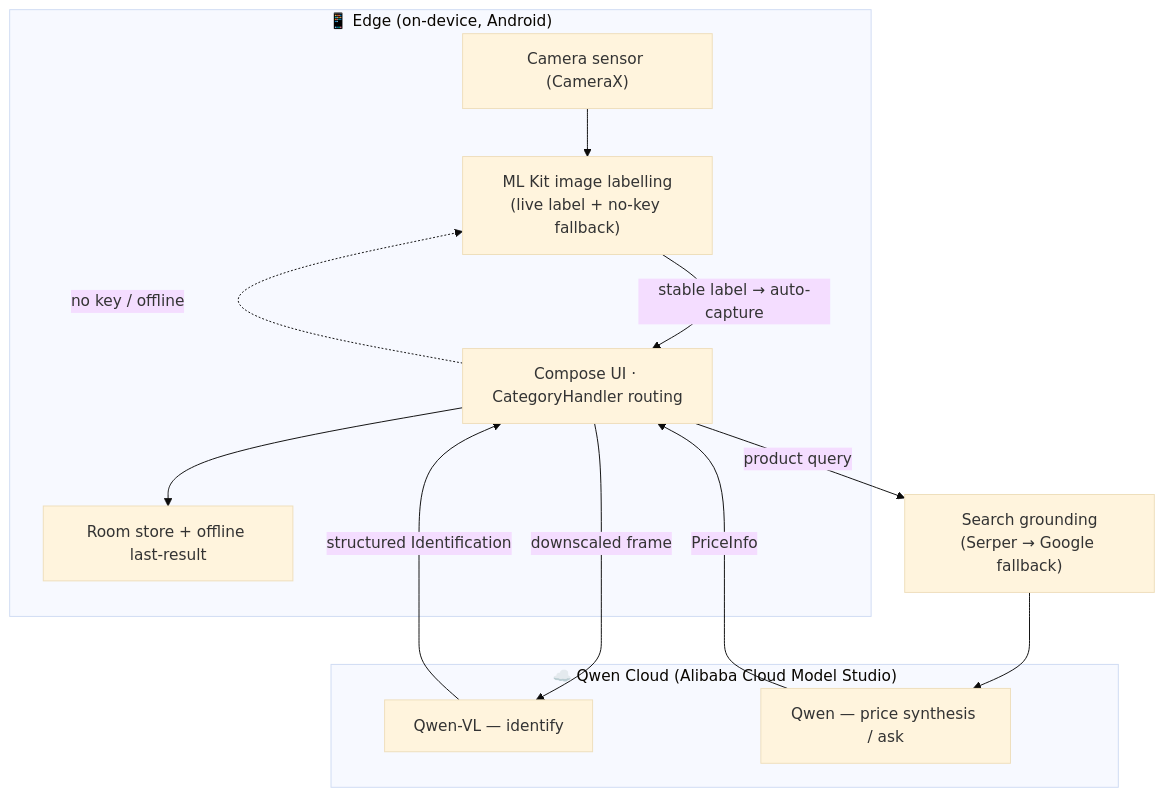
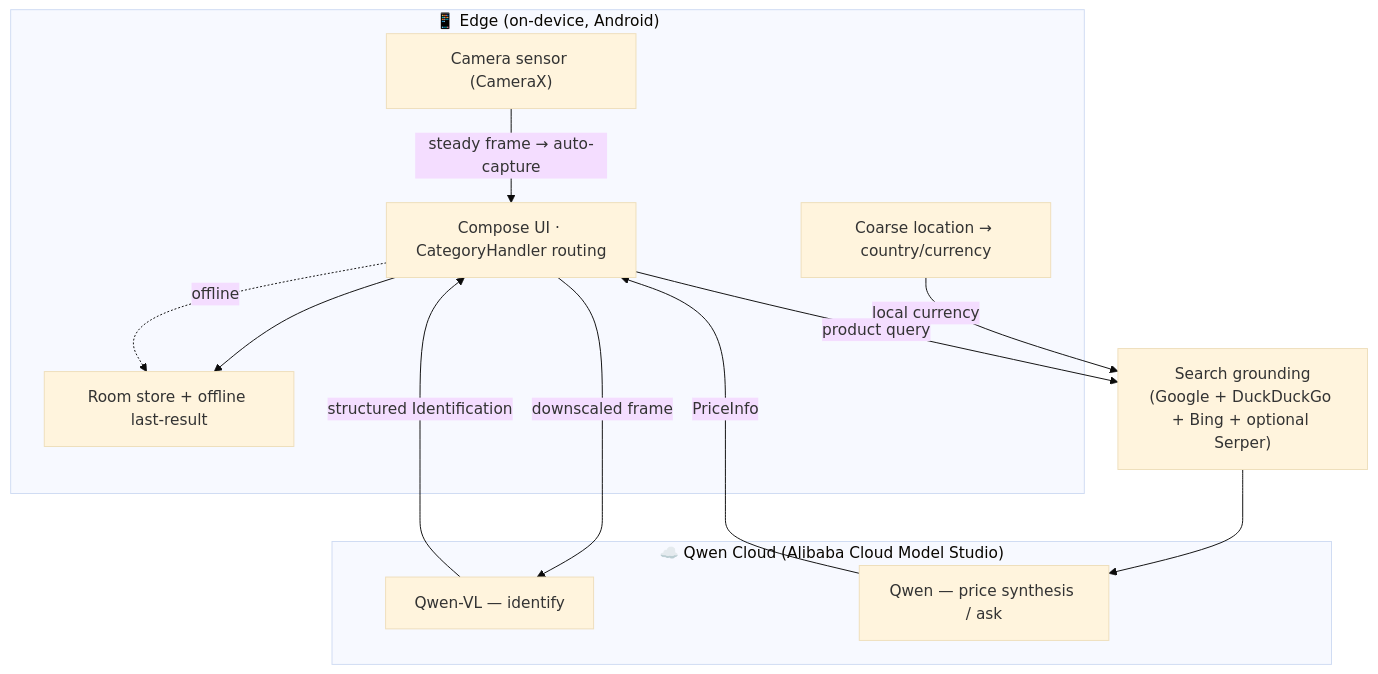
Before and after one commit to RhymezxCode/LifeLen: the diagram in SUBMISSION.md, drawn with Mermaid (base theme). The commit also changed other lines of this file and 37 other files, not shown here.

````diff
--- a/SUBMISSION.md
+++ b/SUBMISSION.md
@@ -56,24 +57,24 @@
 ```mermaid
 flowchart TD
     subgraph Edge["📱 Edge (on-device, Android)"]
         cam["Camera sensor (CameraX)"]
-        mlkit["ML Kit image labelling<br/>(live label + no-key fallback)"]
+        loc["Coarse location → country/currency"]
         room["Room store + offline last-result"]
         ui["Compose UI · CategoryHandler routing"]
     end
     subgraph Cloud["☁️ Qwen Cloud (Alibaba Cloud Model Studio)"]
         qwenvl["Qwen-VL — identify"]
         qwentext["Qwen — price synthesis / ask"]
     end
-    search["Search grounding<br/>(Serper → Google fallback)"]
+    search["Search grounding<br/>(Google + DuckDuckGo + Bing + optional Serper)"]
 
-    cam --> mlkit
-    mlkit -->|"stable label → auto-capture"| ui
+    cam -->|"steady frame → auto-capture"| ui
     ui -->|"downscaled frame"| qwenvl
     qwenvl -->|"structured Identification"| ui
+    loc -->|"local currency"| search
     ui -->|"product query"| search
     search --> qwentext
     qwentext -->|"PriceInfo"| ui
     ui --> room
-    ui -.->|"no key / offline"| mlkit
+    ui -.->|"offline"| room
 ```
````
